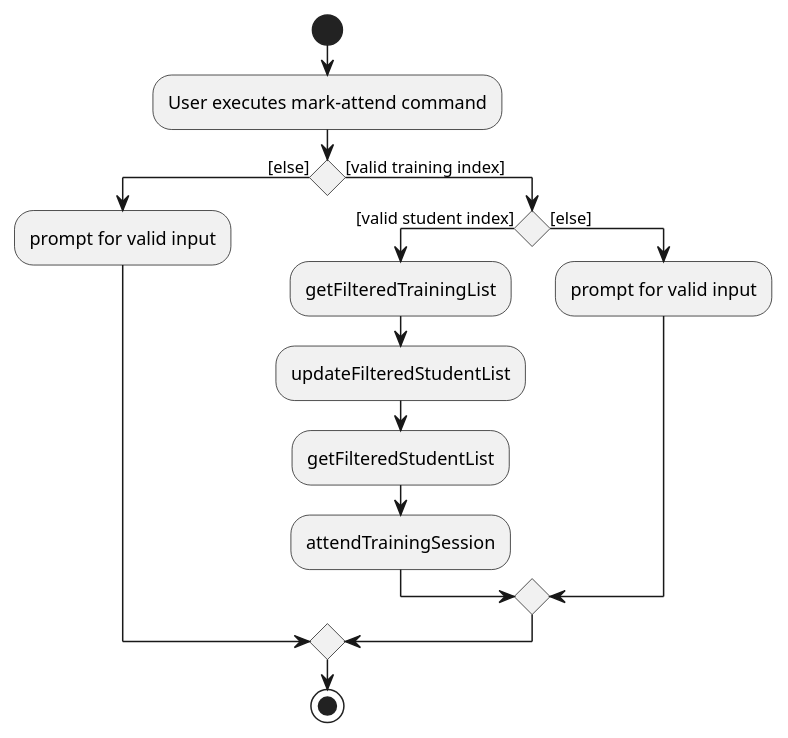
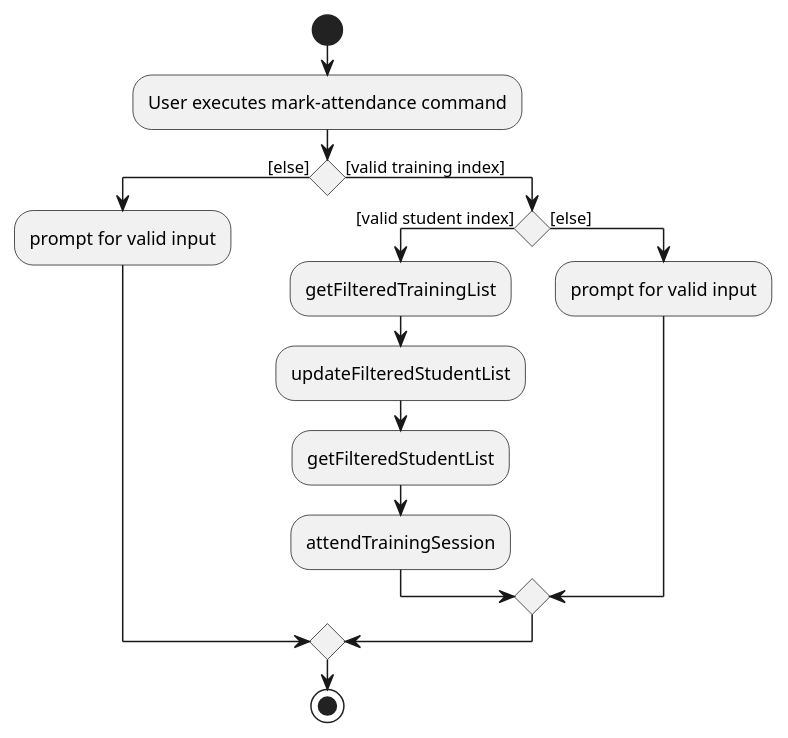
Before and after one commit to sudogene/tp: the diagram in docs/diagrams/MarkAttendanceActivityDiagram.puml, drawn with PlantUML. The commit also changed 48 other files, not shown here.

```diff
--- a/docs/diagrams/MarkAttendanceActivityDiagram.puml
+++ b/docs/diagrams/MarkAttendanceActivityDiagram.puml
@@ -1,21 +1,21 @@
 @startuml
 start
-:User executes mark-attend command;
+:User executes mark-attendance command;
 
 'Since the beta syntax does not support placing the condition outside the
 'diamond we place it as the true branch instead.
 
 if () then ([else])
     :prompt for valid input;
 else ([valid training index])
 if () then ([valid student index])
     :getFilteredTrainingList;
     :updateFilteredStudentList;
     :getFilteredStudentList;
     :attendTrainingSession;
 else ([else])
     :prompt for valid input;
 endif
 endif
 stop
 @enduml
```
